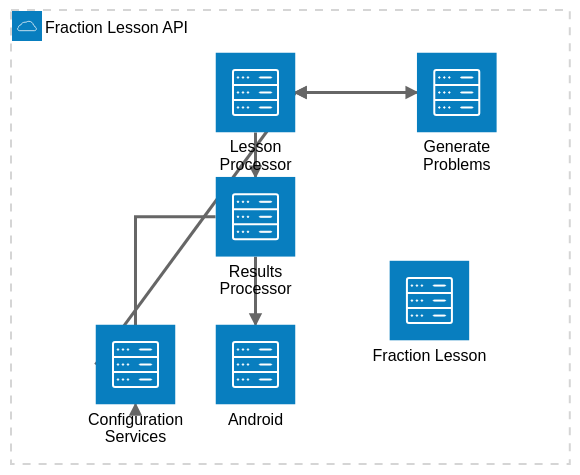
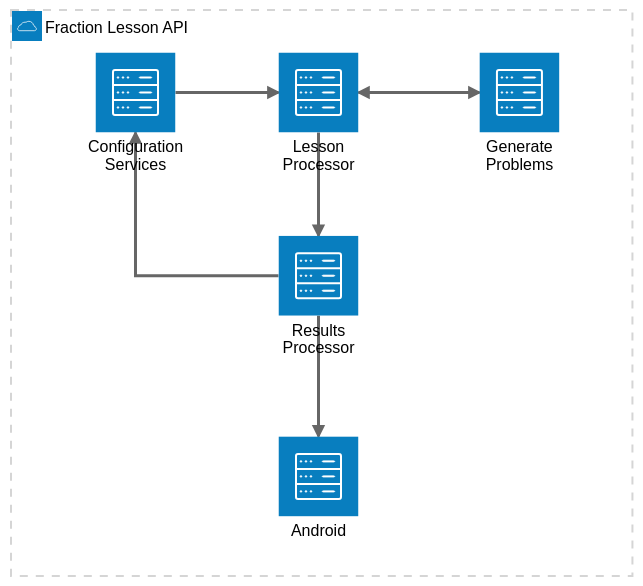
The diagram in README.md (frankaburns/fractionLesson), drawn with Mermaid (neutral theme) before and after one commit.

````diff
--- a/README.md
+++ b/README.md
@@ -132,23 +132,22 @@
 ```mermaid
 
 ---
 title: Lesson Architecture
 ---
 
 architecture-beta
     group api(cloud)[Fraction Lesson API]
 
     service droid(server)[Android] in api
-    service sm(server)[Fraction Lesson] in api
     service config(server)[Configuration Services] in api
     service build(server)[Generate Problems] in api
     service run(server)[Lesson Processor] in api
     service res(server)[Results Processor] in api
     
-    config:L --> R:run
+    config:R --> L:run
     run:R <--> L:build
     run:B --> T:res
     res:B --> T:droid
     res:L --> B:config
     
 ```
````
